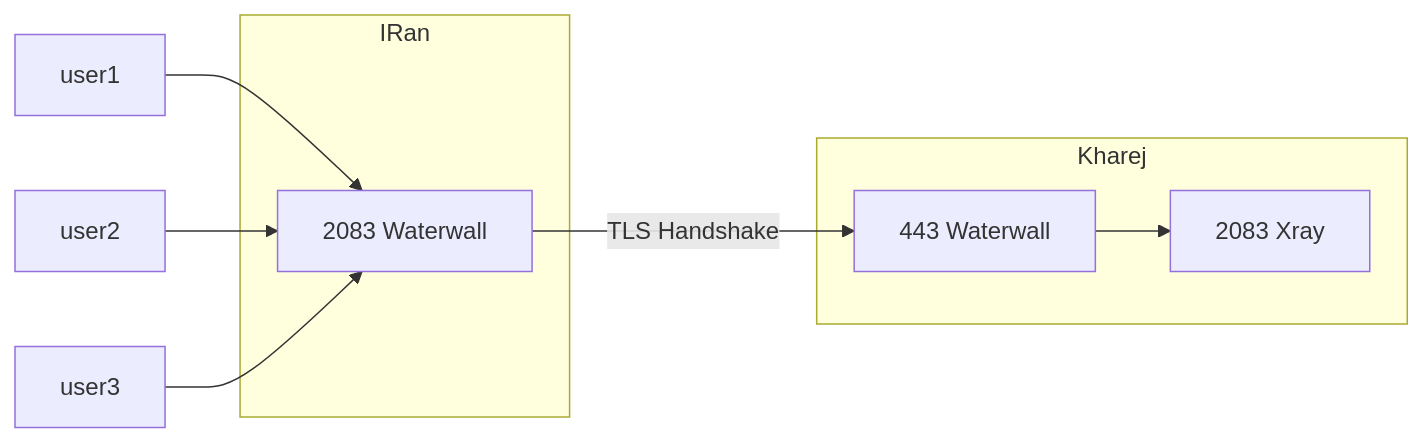
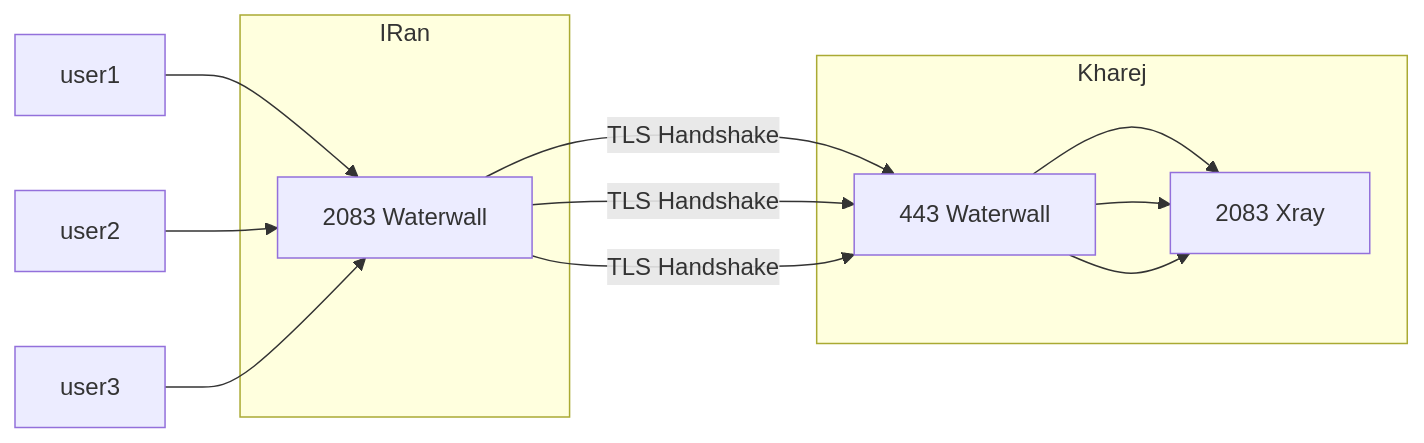
The first of 3 diagrams in Tls-Tunnel.md (just-the-docs/just-the-docs-template), drawn with Mermaid before and after one commit. The commit also changed 2 other files, not shown here.

````diff
--- a/Tls-Tunnel.md
+++ b/Tls-Tunnel.md
@@ -109,13 +109,17 @@
 ```mermaid
 flowchart LR;
     user1 --> A1;
     user2 --> A1;
     user3 --> A1;
     subgraph Kharej;
     B1[443 Waterwall] --> B2;
+    B1[443 Waterwall] --> B2;
+    B1[443 Waterwall] --> B2;
     B2[2083 Xray];
     end;
     subgraph IRan;
     A1[2083 Waterwall] -- "TLS Handshake" --> B1;
+    A1[2083 Waterwall] -- "TLS Handshake" --> B1;
+    A1[2083 Waterwall] -- "TLS Handshake" --> B1;
     end;
 ```
````
